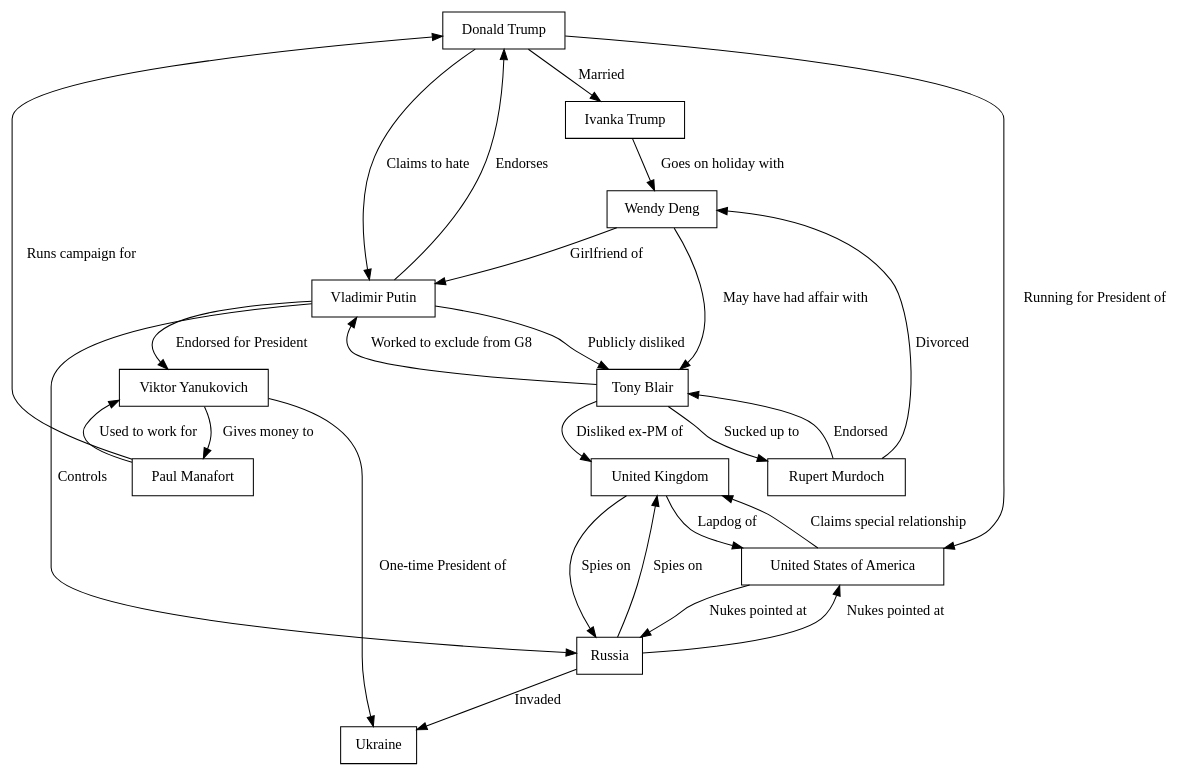
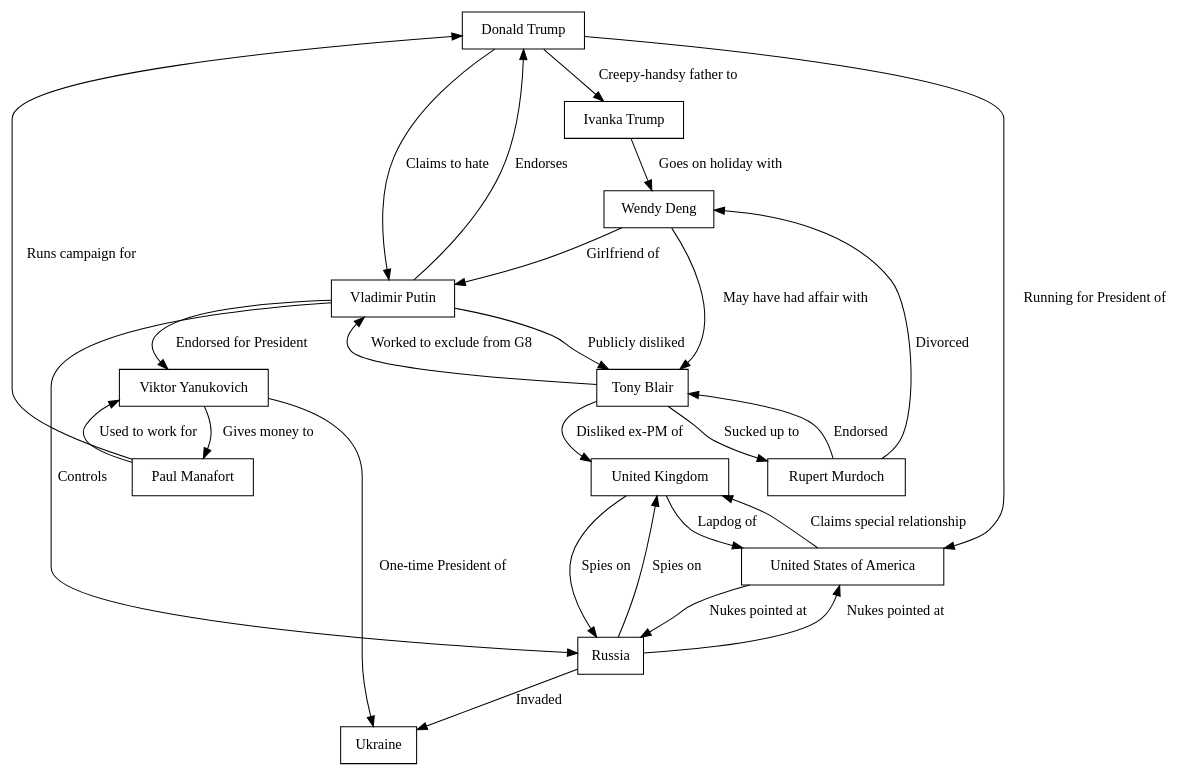
Before and after one commit to p7r/conspiracy: the diagram in conspiracy.dot, drawn with Graphviz.

Commit message:
Better lizards

```diff
--- a/conspiracy.dot
+++ b/conspiracy.dot
@@ -1,46 +1,46 @@
 digraph Conspiracy {
   graph[fontname="arial"];
   node[shape=box];
 
-  trump -> ivanka [label="Married"];
+  trump -> ivanka [label="Creepy-handsy father to"];
   trump -> putin [label="Claims to hate"];
   trump -> whitehouse [label="Running for President of"];
   manafort -> trump [label="Runs campaign for"];
   manafort -> yanukovich [label="Used to work for"];
   yanukovich -> manafort [label="Gives money to"];
   putin -> yanukovich [label="Endorsed for President"];
   yanukovich -> ukraine [label="One-time President of"];
   russia -> ukraine [label="Invaded"];
   putin -> trump [label="Endorses"];
   putin -> russia [label="Controls"];
   ivanka -> wendy [label="Goes on holiday with"];
   wendy -> putin [label="Girlfriend of"];
   wendy -> blair [label="May have had affair with"];
 
   blair -> ukplc [label="Disliked ex-PM of"];
   murdoch -> wendy [label="Divorced"];
   murdoch -> blair [label="Endorsed"];
   blair -> murdoch [label="Sucked up to"];
   blair -> putin [label="Worked to exclude from G8"];
   putin -> blair [label="Publicly disliked"];
   whitehouse -> russia [label="Nukes pointed at"];
   russia -> whitehouse [label="Nukes pointed at"];
   whitehouse -> ukplc [label="Claims special relationship"];
   ukplc -> whitehouse [label="Lapdog of"];
   ukplc -> russia [label="Spies on"];
   russia -> ukplc [label="Spies on"];
 
   trump [label="Donald Trump"];
   ivanka [label="Ivanka Trump"];
   putin [label="Vladimir Putin"];
   wendy [label="Wendy Deng"];
   murdoch [label="Rupert Murdoch"];
   blair [label="Tony Blair"];
   ukplc [label="United Kingdom"];
   whitehouse [label="United States of America"];
   russia [label="Russia"];
   ukraine [label="Ukraine"];
   manafort [label="Paul Manafort"];
   yanukovich [label="Viktor Yanukovich"];
 
 }
```
